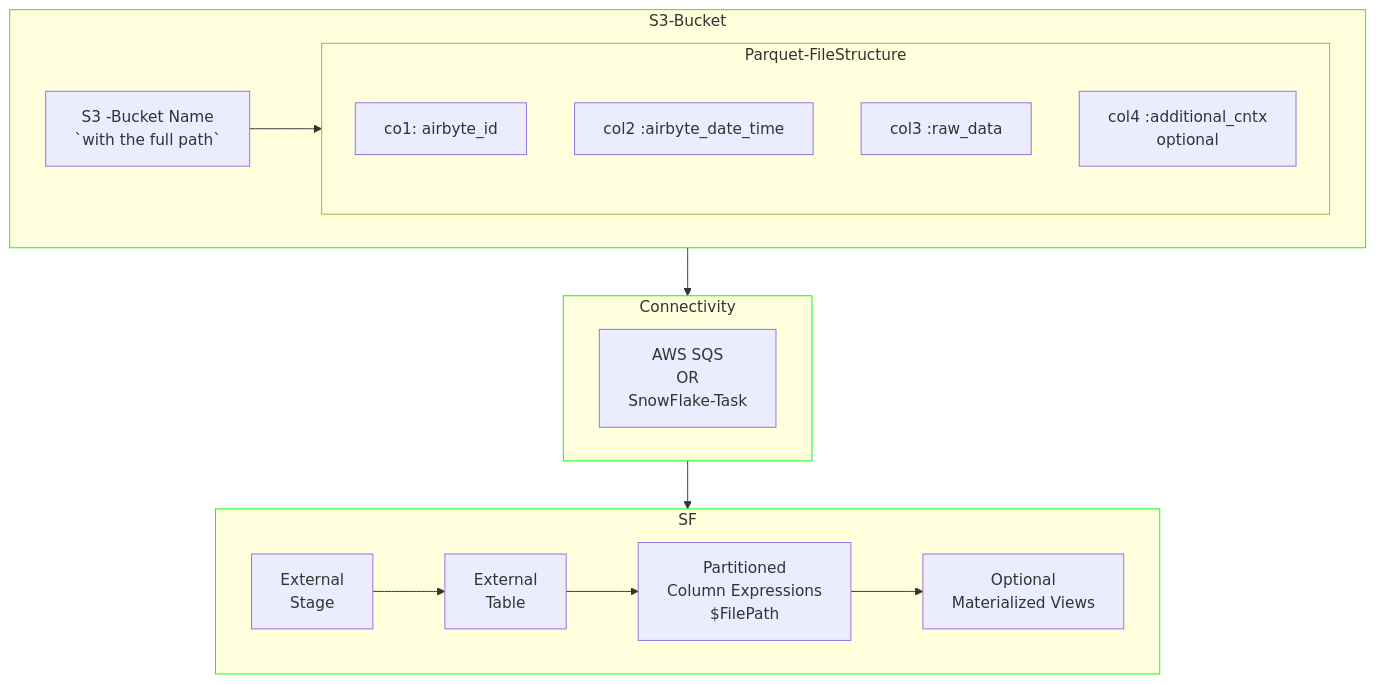
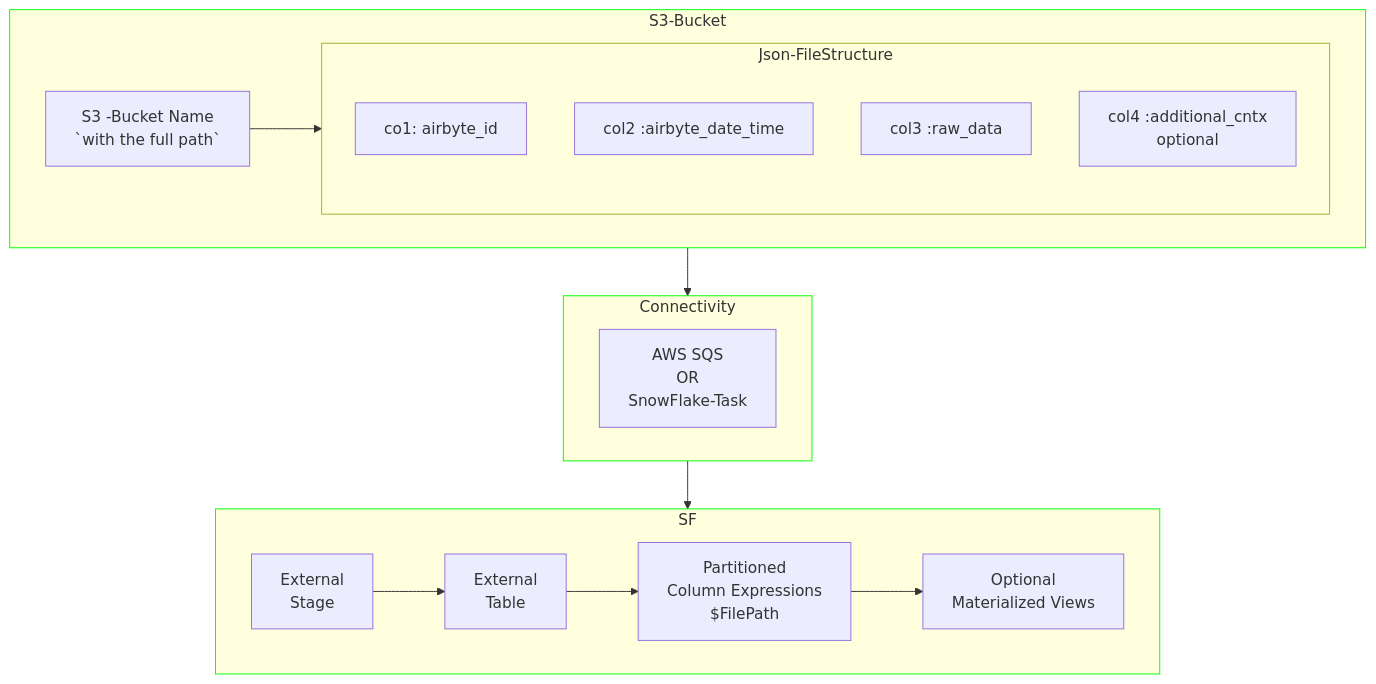
One commit to peddadap/design_templates changed the fourth of 14 diagrams in README.md. Above: the diagram before and after it, drawn with Mermaid. The commit also changed other lines of this file and 2 other files, not shown here.

Commit message:
added recovery flows

````diff
--- a/README.md
+++ b/README.md
@@ -184,31 +184,31 @@
 ```mermaid
 flowchart
     subgraph S3-Bucket
         A[S3 -Bucket Name \n `with the full path`]
-        subgraph Parquet-FileStructure
+        subgraph Json-FileStructure
             Col1[co1: airbyte_id]
             Col2[col2 :airbyte_date_time]
             Col3[col3 :raw_data]
             Col4[col4 :additional_cntx \n optional]
         end
     end
     subgraph Connectivity
         X[AWS SQS \n OR \n  SnowFlake-Task]
     end
 
     subgraph SF
         1[External \n Stage]
         2[External \n Table]
         3[ Partitioned \n Column Expressions \n $FilePath]
         4[Optional \n Materialized Views]
     end
     classDef module stroke:#0f0
-    A--> Parquet-FileStructure
+    A--> Json-FileStructure
     1-->2
     2-->3
     3-->4
     S3-Bucket-->Connectivity
     Connectivity-->SF
     class S3-Bucket,Connectivity,SF module
 
 ```
````
